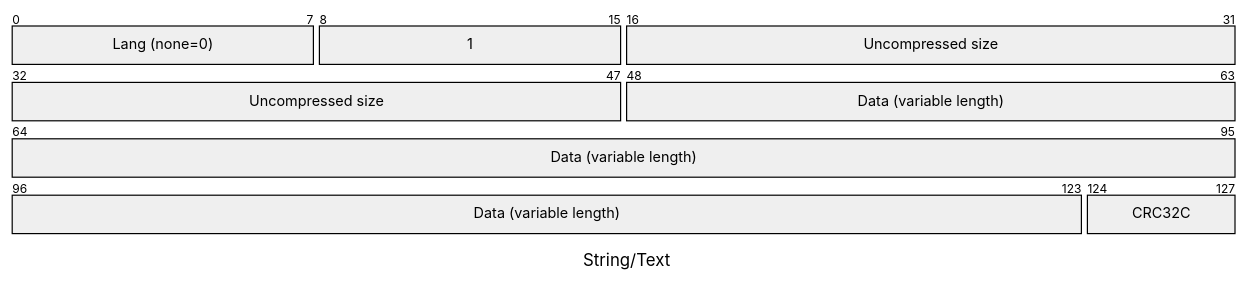
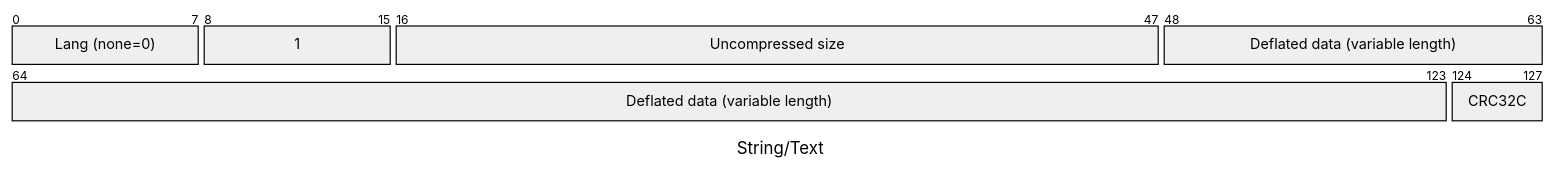
Before and after one commit to atelier-saulx/based: the second of 2 diagrams in docs/db/text.md, drawn with Mermaid. The commit also changed other lines of this file, not shown here.

````diff
--- a/docs/db/text.md
+++ b/docs/db/text.md
@@ -75,9 +77,10 @@
 ```mermaid
+%%{init: { 'packet': {'bitWidth': 20, 'bitsPerRow': 64} } }%%
 packet-beta
 title String/Text
 0-7: "Lang (none=0)"
 8-15: "1"
 16-47: "Uncompressed size"
-48-123: "Data (variable length)"
+48-123: "Deflated data (variable length)"
 124-127: "CRC32C"
 ```
````
